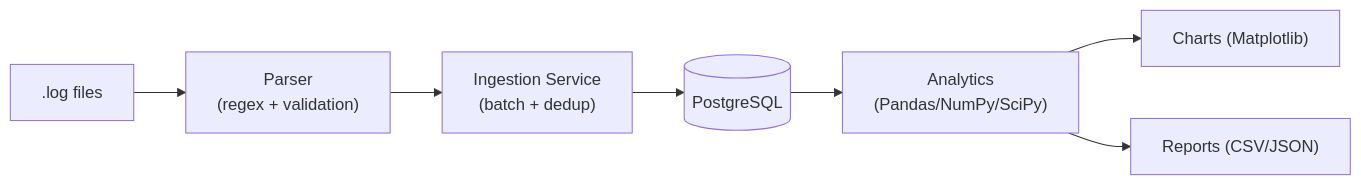
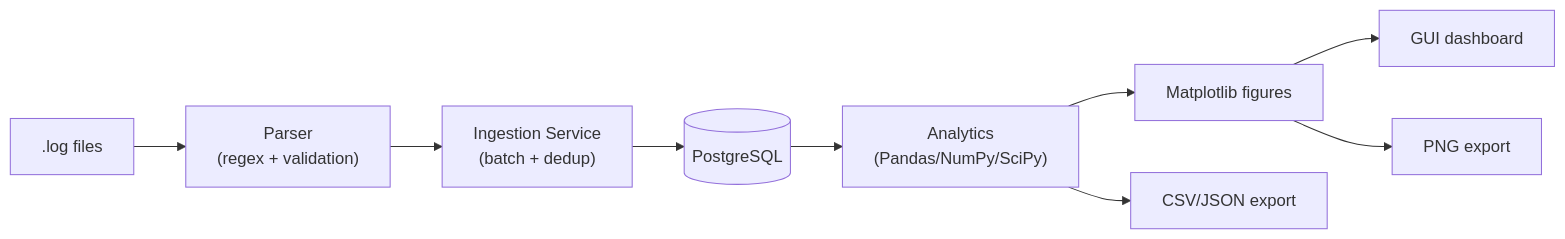
The diagram in README.md (petersamuel07/LogSX-log_files_analyzer), drawn with Mermaid before and after one commit. The commit also changed other lines of this file and 15 other files, not shown here.

````diff
--- a/README.md
+++ b/README.md
@@ -56,9 +65,11 @@
 ```mermaid
 flowchart LR
     A[".log files"] --> B["Parser\n(regex + validation)"]
     B --> C["Ingestion Service\n(batch + dedup)"]
     C --> D[("PostgreSQL")]
     D --> E["Analytics\n(Pandas/NumPy/SciPy)"]
-    E --> F["Charts (Matplotlib)"]
-    E --> G["Reports (CSV/JSON)"]
+    E --> F["Matplotlib figures"]
+    F --> G["GUI dashboard"]
+    F --> H["PNG export"]
+    E --> I["CSV/JSON export"]
 ```
````
